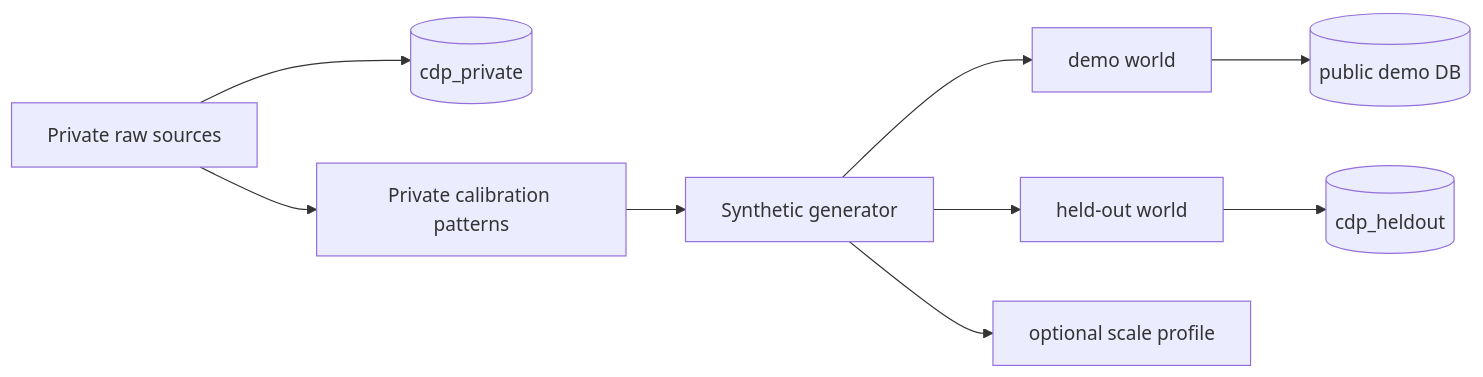
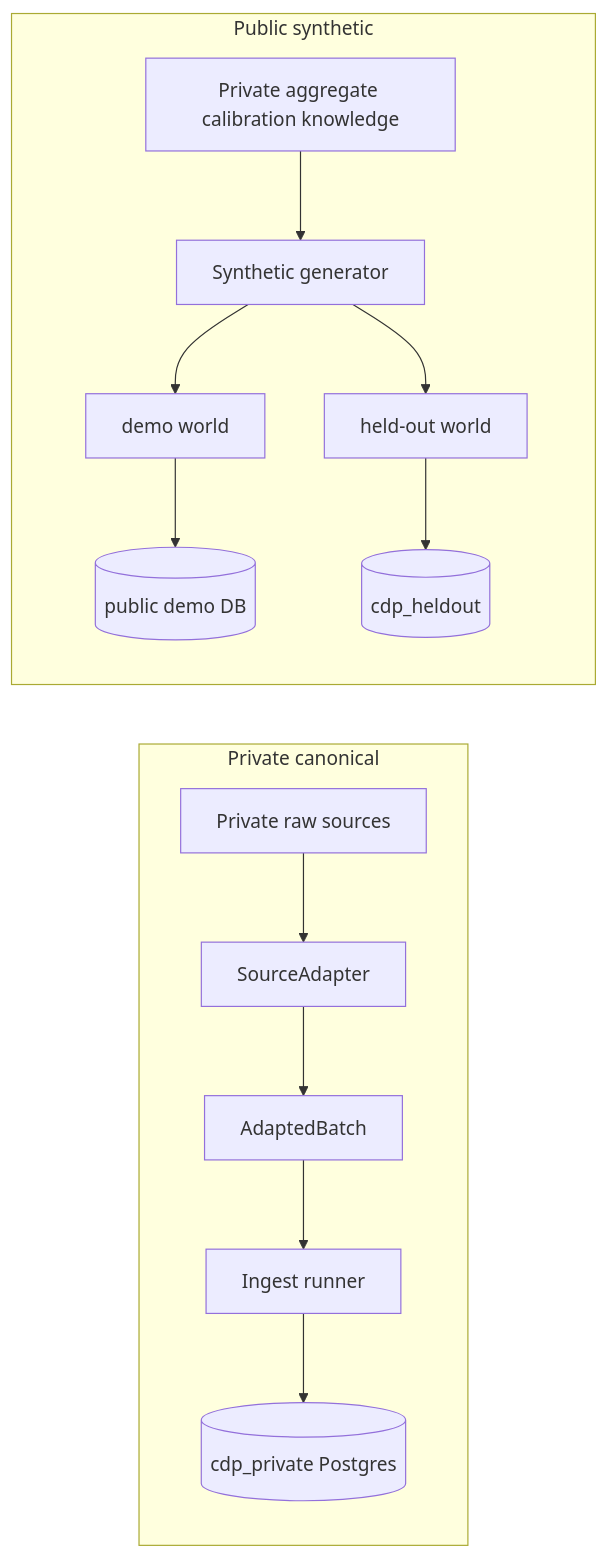
One commit to sebmvp/commerce-data-platform changed the second of 6 diagrams in ARCHITECTURE.md. Above: the diagram before and after it, drawn with Mermaid. The commit also changed other lines of this file and 76 other files, not shown here.

````diff
--- a/ARCHITECTURE.md
+++ b/ARCHITECTURE.md
@@ -47,11 +43,16 @@
 ```mermaid
 flowchart LR
-  raw[Private raw sources] --> private[(cdp_private)]
-  raw --> calib[Private calibration patterns]
-  calib --> gen[Synthetic generator]
-  gen --> demo[demo world]
-  gen --> held[held-out world]
-  gen --> scale[optional scale profile]
-  demo --> public[(public demo DB)]
-  held --> helddb[(cdp_heldout)]
+  subgraph canonical [Private canonical]
+    raw[Private raw sources] --> adapter[SourceAdapter]
+    adapter --> batch[AdaptedBatch]
+    batch --> runner[Ingest runner]
+    runner --> private[(cdp_private Postgres)]
+  end
+  subgraph public [Public synthetic]
+    calib[Private aggregate calibration knowledge] --> gen[Synthetic generator]
+    gen --> demo[demo world]
+    gen --> held[held-out world]
+    demo --> publicdb[(public demo DB)]
+    held --> helddb[(cdp_heldout)]
+  end
 ```
````
